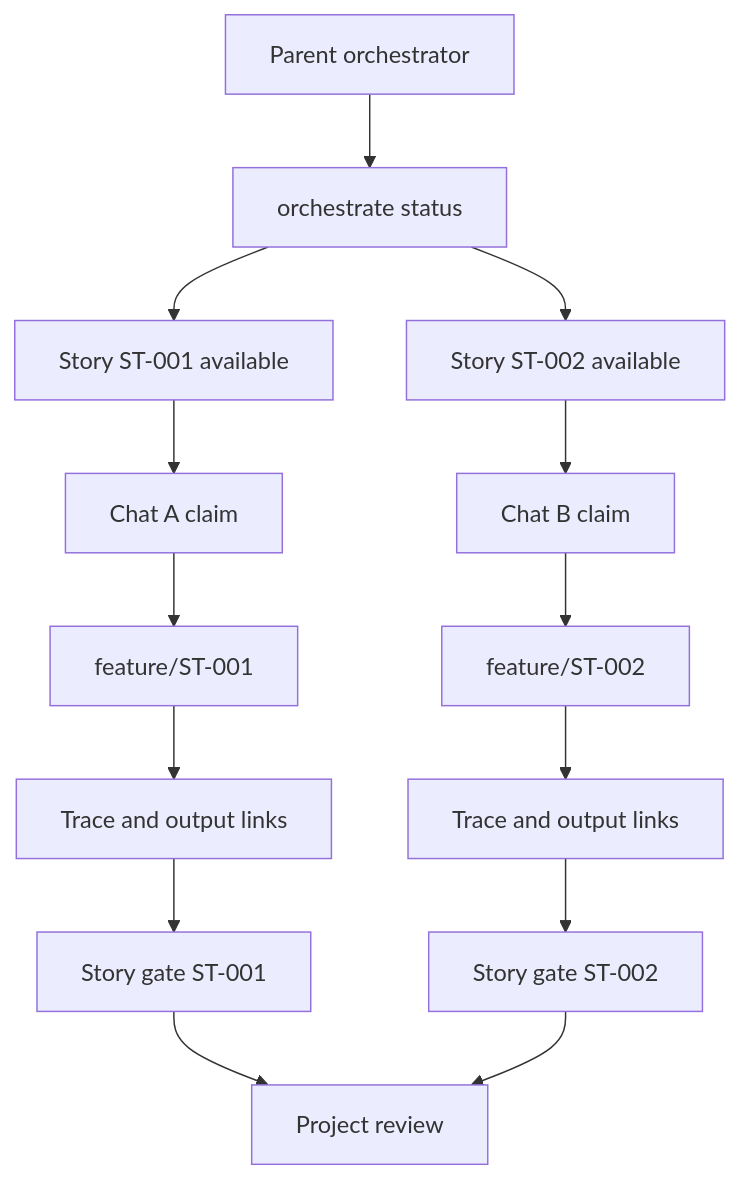
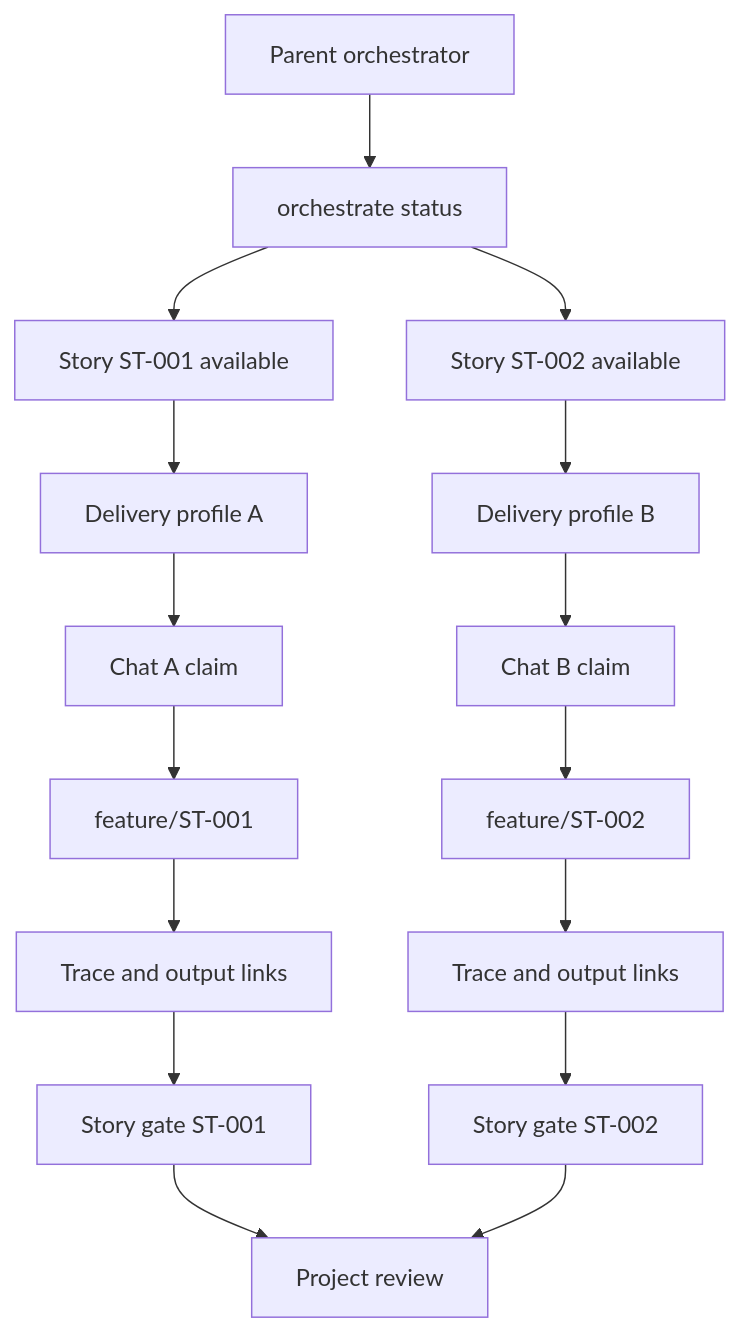
Before and after one commit to aantenore/agentic-sdlc-codex-plugin: the diagram in skills/agentic-sdlc/references/parallel-work.md, drawn with Mermaid. The commit also changed other lines of this file and 16 other files, not shown here.

````diff
--- a/skills/agentic-sdlc/references/parallel-work.md
+++ b/skills/agentic-sdlc/references/parallel-work.md
@@ -35,16 +39,18 @@
 ```mermaid
 flowchart TB
   Orchestrator["Parent orchestrator"] --> Status["orchestrate status"]
   Status --> StoryA["Story ST-001 available"]
   Status --> StoryB["Story ST-002 available"]
-  StoryA --> ClaimA["Chat A claim"]
-  StoryB --> ClaimB["Chat B claim"]
+  StoryA --> ProfileA["Delivery profile A"]
+  StoryB --> ProfileB["Delivery profile B"]
+  ProfileA --> ClaimA["Chat A claim"]
+  ProfileB --> ClaimB["Chat B claim"]
   ClaimA --> BranchA["feature/ST-001"]
   ClaimB --> BranchB["feature/ST-002"]
   BranchA --> EvidenceA["Trace and output links"]
   BranchB --> EvidenceB["Trace and output links"]
-EvidenceA --> GateA["Story gate ST-001"]
-EvidenceB --> GateB["Story gate ST-002"]
+  EvidenceA --> GateA["Story gate ST-001"]
+  EvidenceB --> GateB["Story gate ST-002"]
   GateA --> Merge["Project review"]
   GateB --> Merge
 ```
````
